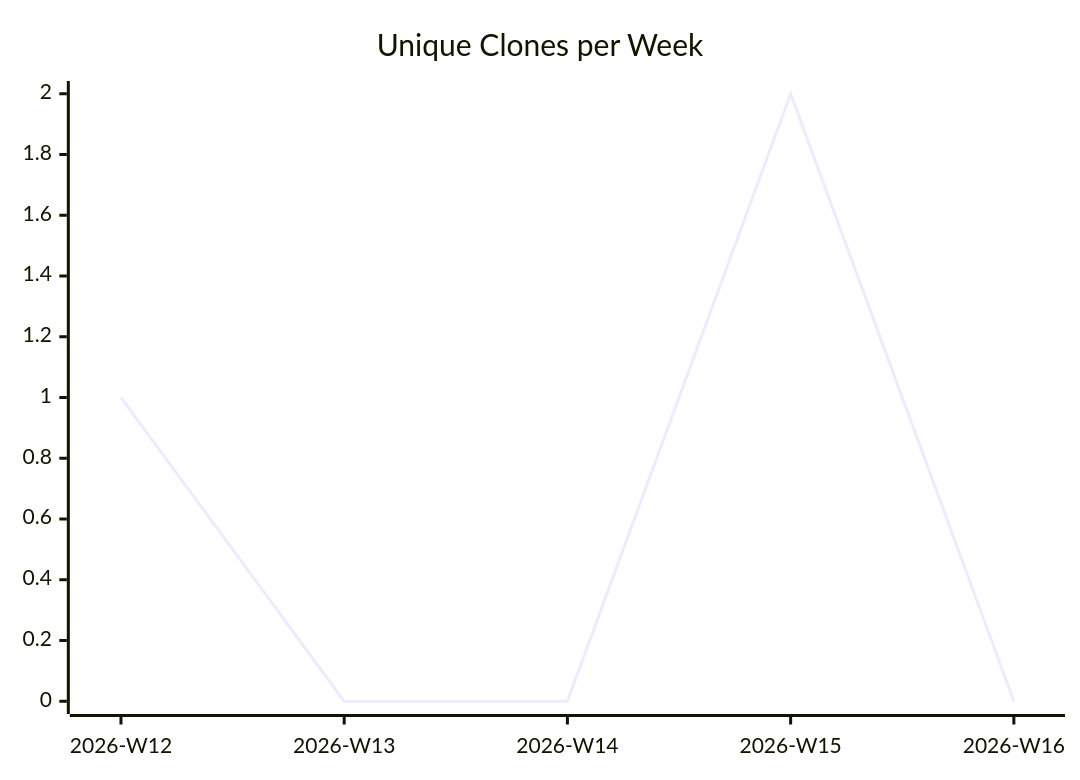
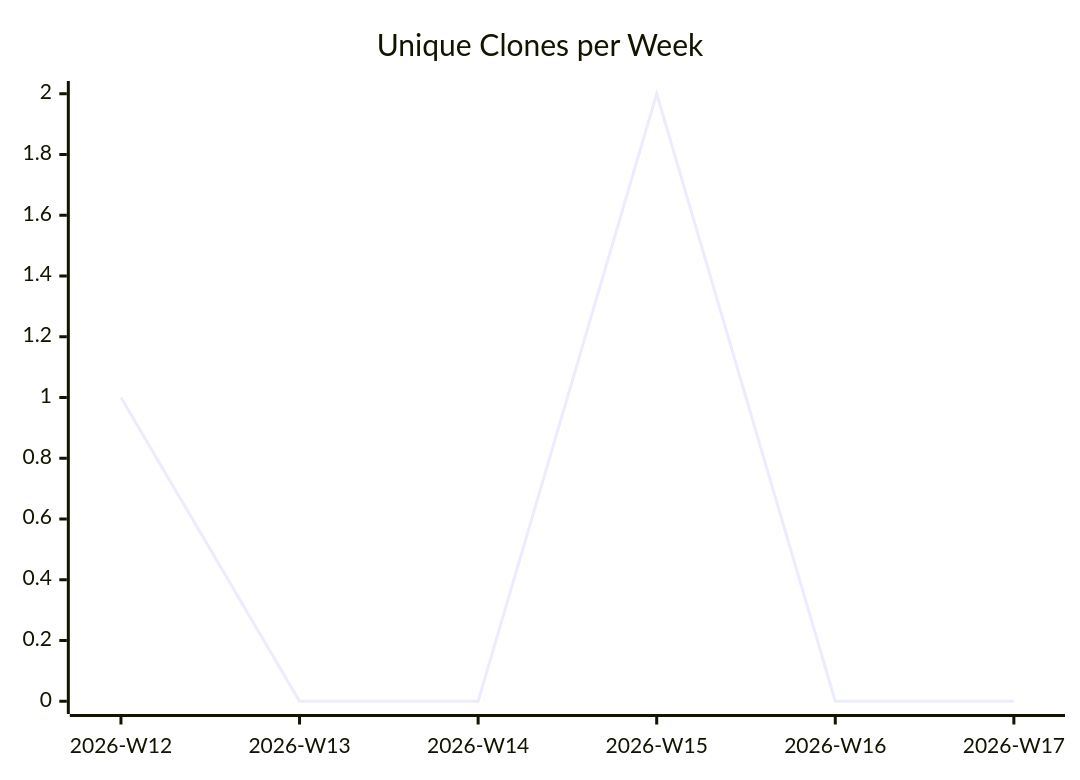
One commit to justdavis-family/github-analytics-data changed the third of 3 diagrams in karlmdavis/liquibase/README.md. Above: the diagram before and after it, drawn with Mermaid. The commit also changed other lines of this file and 198 other files, not shown here.

````diff
--- a/karlmdavis/liquibase/README.md
+++ b/karlmdavis/liquibase/README.md
@@ -19,6 +19,6 @@
 ```mermaid
 xychart-beta
   title "Unique Clones per Week"
-  x-axis ["2026-W12", "2026-W13", "2026-W14", "2026-W15", "2026-W16"]
-  line [1, 0, 0, 2, 0]
+  x-axis ["2026-W12", "2026-W13", "2026-W14", "2026-W15", "2026-W16", "2026-W17"]
+  line [1, 0, 0, 2, 0, 0]
 ```
````
